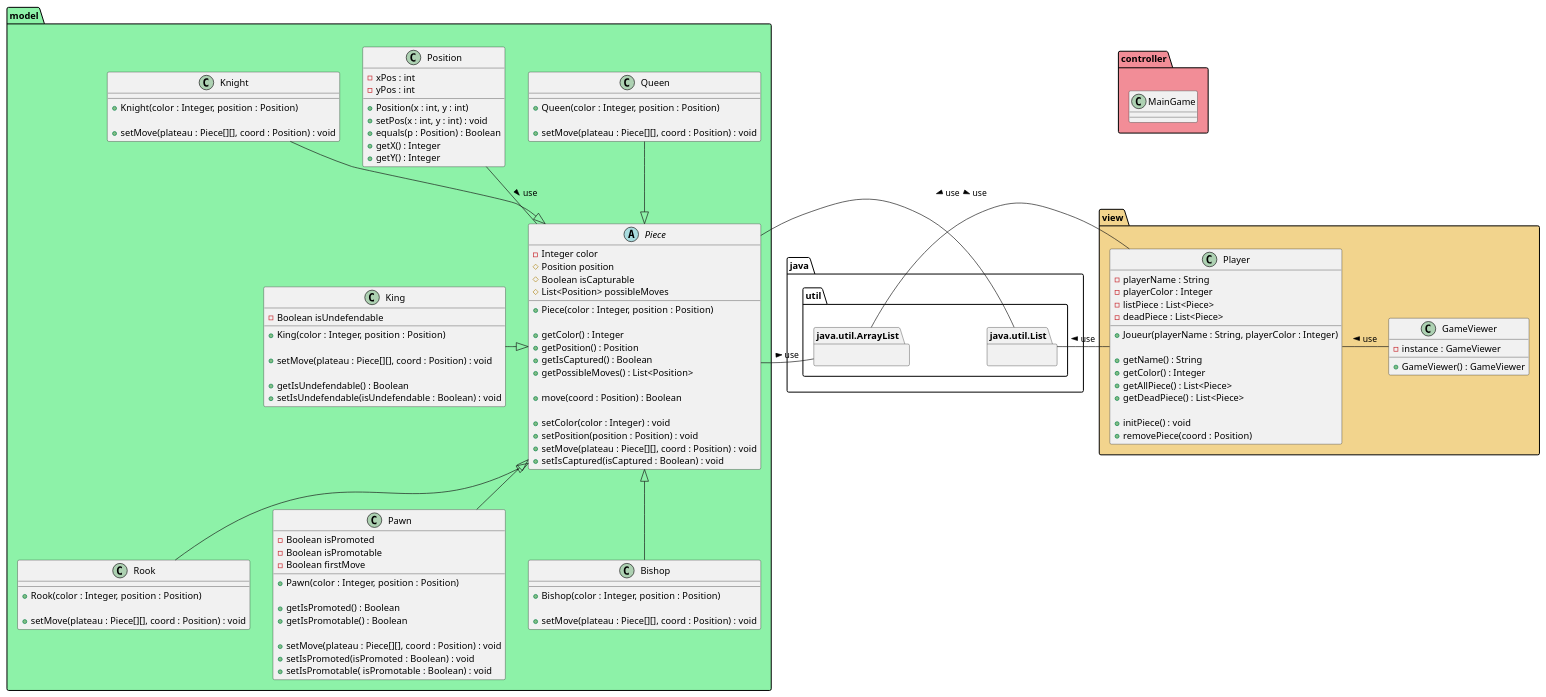
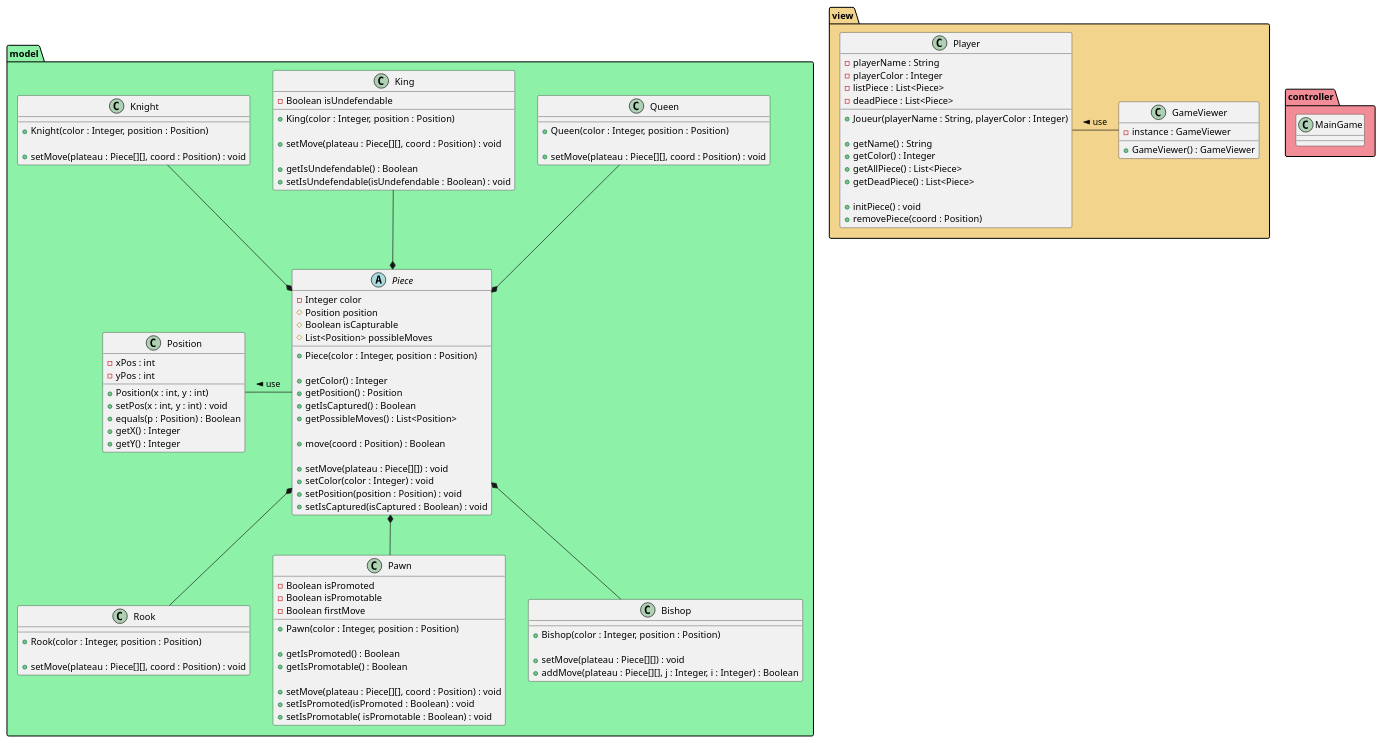
Before and after one commit to Lienub/ChessGame: the diagram in uml/Class_Diagram_Chessgame.puml, drawn with PlantUML. The commit also changed 49 other files, not shown here.

```diff
--- a/uml/Class_Diagram_Chessgame.puml
+++ b/uml/Class_Diagram_Chessgame.puml
@@ -1,148 +1,138 @@
 @startuml
-/'=================================
-  ===          IMPORT           ===
-  ================================='/
-  package java.util.List{}
-  package java.util.ArrayList{}
 /'=================================
   ===          MODEL            ===
   ================================='/
 package model #8df2a8{
     abstract class Piece {
         - Integer color
         # Position position
         # Boolean isCapturable
         # List<Position> possibleMoves
 
         + Piece(color : Integer, position : Position)
 
         + getColor() : Integer
         + getPosition() : Position
         + getIsCaptured() : Boolean
         + getPossibleMoves() : List<Position>
 
         + move(coord : Position) : Boolean
 
+        + setMove(plateau : Piece[][]) : void
         + setColor(color : Integer) : void
         + setPosition(position : Position) : void
-        + setMove(plateau : Piece[][], coord : Position) : void
         + setIsCaptured(isCaptured : Boolean) : void
 
     }
 
     class Position{
         - xPos : int
         - yPos : int
 
         + Position(x : int, y : int)
         + setPos(x : int, y : int) : void
         + equals(p : Position) : Boolean
         + getX() : Integer
         + getY() : Integer
     }
 
     class Queen{
         + Queen(color : Integer, position : Position)
 
         + setMove(plateau : Piece[][], coord : Position) : void
     }
 
     class Rook{
         + Rook(color : Integer, position : Position)
 
         + setMove(plateau : Piece[][], coord : Position) : void
     }
 
     class Pawn{
         - Boolean isPromoted
         - Boolean isPromotable
         - Boolean firstMove
 
         + Pawn(color : Integer, position : Position)
 
         + getIsPromoted() : Boolean
         + getIsPromotable() : Boolean
 
         + setMove(plateau : Piece[][], coord : Position) : void
         + setIsPromoted(isPromoted : Boolean) : void
         + setIsPromotable( isPromotable : Boolean) : void
     }
 
     class King{
         - Boolean isUndefendable
 
         + King(color : Integer, position : Position)
 
         + setMove(plateau : Piece[][], coord : Position) : void
 
         + getIsUndefendable() : Boolean
         + setIsUndefendable(isUndefendable : Boolean) : void
     }
 
     class Bishop{
         + Bishop(color : Integer, position : Position)
 
-        + setMove(plateau : Piece[][], coord : Position) : void
+        + setMove(plateau : Piece[][]) : void
+        + addMove(plateau : Piece[][], j : Integer, i : Integer) : Boolean
     }
 
     class Knight{
         + Knight(color : Integer, position : Position)
 
         + setMove(plateau : Piece[][], coord : Position) : void
     }
 }
 /'=================================
   ===        CONTROLLER         ===
   ================================='/
 package controller #f28d97{
     class MainGame{
     }
 }
 /'=================================
   ===           VIEW            ===
   ================================='/
 package view #f2d48d{
     class Player {
         - playerName : String
         - playerColor : Integer
         - listPiece : List<Piece>
         - deadPiece : List<Piece>
 
         + Joueur(playerName : String, playerColor : Integer)
 
         + getName() : String
         + getColor() : Integer
         + getAllPiece() : List<Piece>
         + getDeadPiece() : List<Piece>
 
         + initPiece() : void
         + removePiece(coord : Position)
     }
 
     class GameViewer {
         - instance : GameViewer
 
         + GameViewer() : GameViewer
     }
 }
 /'=================================
   ===          LINKS            ===
   ================================='/
-Position -- Piece : use >
+Position - Piece : use <
 
-Knight --|> Piece
-Piece <|-- Pawn
-Piece <|-- Bishop
-Piece <|-- Rook
-King -|> Piece
-Piece <|-u- Queen
+Knight --* Piece
+Piece *-- Pawn
+Piece *-- Bishop
+Piece *-- Rook
+King --* Piece
+Piece *-u- Queen
 
-
-Piece - java.util.List : use >
-Player - java.util.List : use >
-java.util.ArrayList - Piece  : use <
-java.util.ArrayList - Player : use <
-java.util.List -l[hidden]- java.util.ArrayList
 
 GameViewer -l- Player : use >
 @enduml
```
